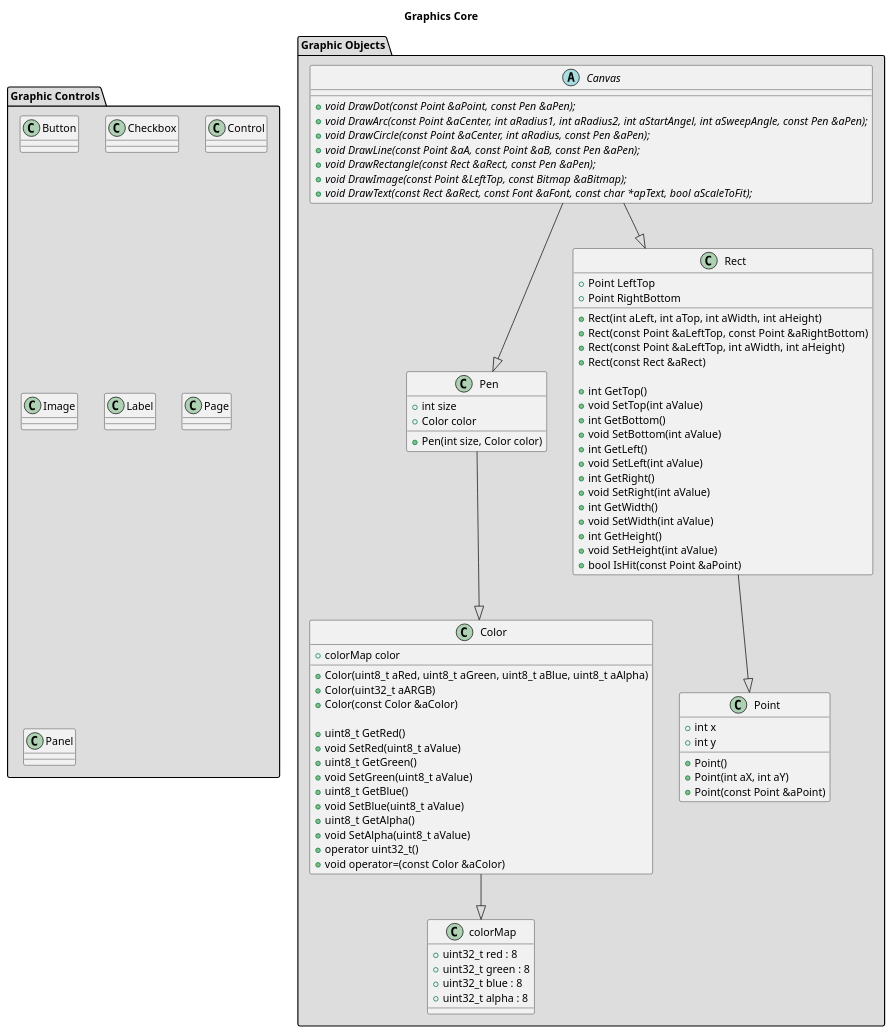
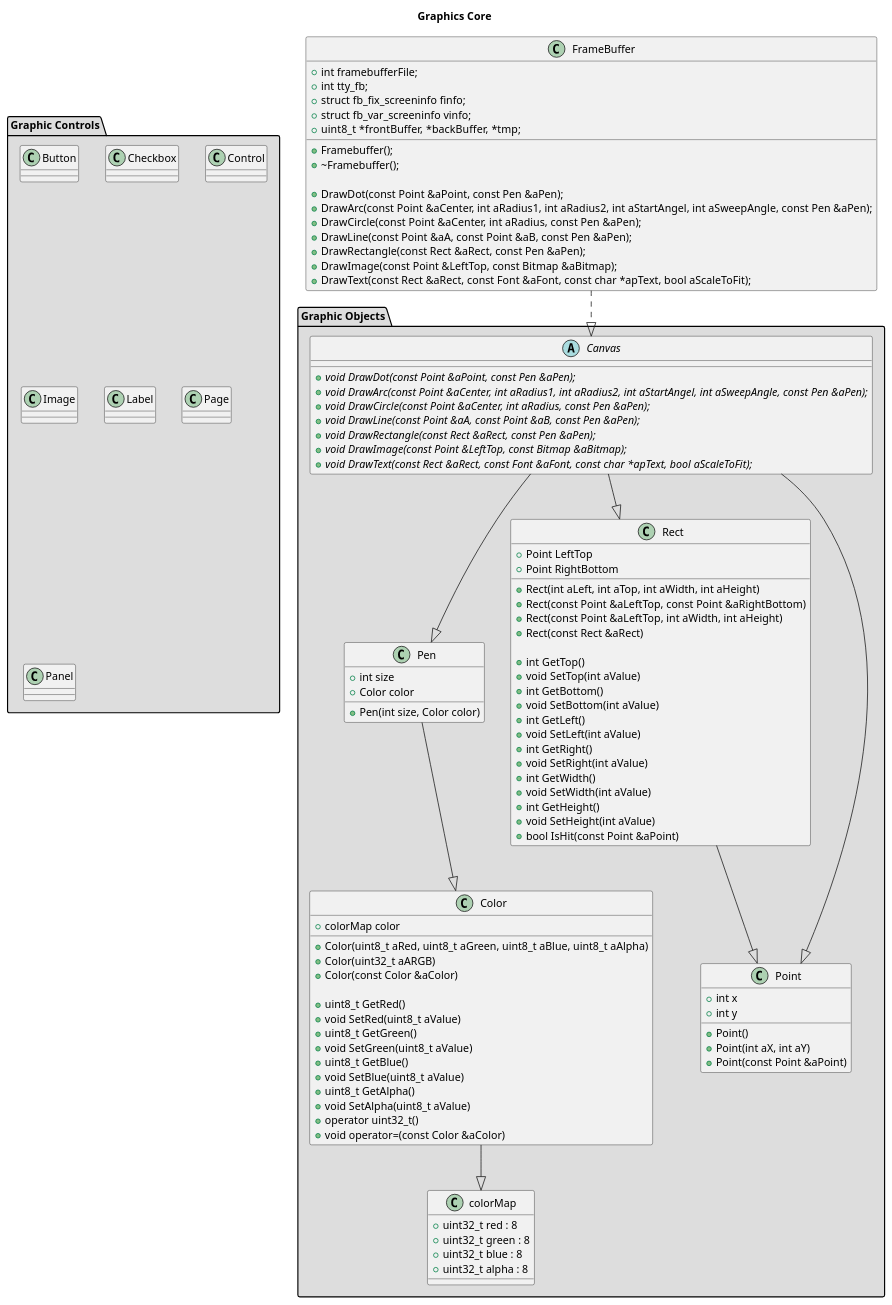
Before and after one commit to rsps/rsp-core-library: the diagram in src/graphics/graphics.puml, drawn with PlantUML. The commit also changed 16 other files, not shown here.

```diff
--- a/src/graphics/graphics.puml
+++ b/src/graphics/graphics.puml
@@ -2,120 +2,139 @@
 @startuml
 
 title Graphics Core
 
 package "Graphic Objects" #DDDDDD{
 
     Class Point{
         +int x
         +int y
     
         +Point()
         +Point(int aX, int aY)
         +Point(const Point &aPoint)
     }
 
     Class Rect{
         +Point LeftTop
         +Point RightBottom
 
         +Rect(int aLeft, int aTop, int aWidth, int aHeight)
         +Rect(const Point &aLeftTop, const Point &aRightBottom)
         +Rect(const Point &aLeftTop, int aWidth, int aHeight)
         +Rect(const Rect &aRect)
 
         +int GetTop()
         +void SetTop(int aValue)
         +int GetBottom()
         +void SetBottom(int aValue)
         +int GetLeft()
         +void SetLeft(int aValue)
         +int GetRight()
         +void SetRight(int aValue)
         +int GetWidth()
         +void SetWidth(int aValue)
         +int GetHeight()
         +void SetHeight(int aValue)
         +bool IsHit(const Point &aPoint)
     }
 
     Class colorMap{
         +uint32_t red : 8
         +uint32_t green : 8
         +uint32_t blue : 8
         +uint32_t alpha : 8
     }
 
     Class Color{
         +colorMap color
 
         +Color(uint8_t aRed, uint8_t aGreen, uint8_t aBlue, uint8_t aAlpha)
         +Color(uint32_t aARGB)
         +Color(const Color &aColor)
 
         +uint8_t GetRed()
         +void SetRed(uint8_t aValue)
         +uint8_t GetGreen()
         +void SetGreen(uint8_t aValue)
         +uint8_t GetBlue()
         +void SetBlue(uint8_t aValue)
         +uint8_t GetAlpha()
         +void SetAlpha(uint8_t aValue)
         +operator uint32_t()
         +void operator=(const Color &aColor)
     }
 
     Class Pen{
         +int size
         +Color color
 
         +Pen(int size, Color color)
     }
 
     abstract Class Canvas{
         +{abstract} void DrawDot(const Point &aPoint, const Pen &aPen);
         +{abstract} void DrawArc(const Point &aCenter, int aRadius1, int aRadius2, int aStartAngel, int aSweepAngle, const Pen &aPen);
         +{abstract} void DrawCircle(const Point &aCenter, int aRadius, const Pen &aPen);
         +{abstract} void DrawLine(const Point &aA, const Point &aB, const Pen &aPen);
         +{abstract} void DrawRectangle(const Rect &aRect, const Pen &aPen);
         +{abstract} void DrawImage(const Point &LeftTop, const Bitmap &aBitmap);
         +{abstract} void DrawText(const Rect &aRect, const Font &aFont, const char *apText, bool aScaleToFit);
     }
 
     Point <|-up- Rect
     colorMap <|-up- Color
     Color <|-up- Pen
     Canvas --|> Pen
-    'Canvas --|> Point
+    Canvas --|> Point
     Canvas --|> Rect
 }
+Class FrameBuffer{
+    +int framebufferFile;
+    +int tty_fb;
+    +struct fb_fix_screeninfo finfo;
+    +struct fb_var_screeninfo vinfo;
+    +uint8_t *frontBuffer, *backBuffer, *tmp;
+
+    +Framebuffer();
+    +~Framebuffer();
+
+    +DrawDot(const Point &aPoint, const Pen &aPen);
+    +DrawArc(const Point &aCenter, int aRadius1, int aRadius2, int aStartAngel, int aSweepAngle, const Pen &aPen);
+    +DrawCircle(const Point &aCenter, int aRadius, const Pen &aPen);
+    +DrawLine(const Point &aA, const Point &aB, const Pen &aPen);
+    +DrawRectangle(const Rect &aRect, const Pen &aPen);
+    +DrawImage(const Point &LeftTop, const Bitmap &aBitmap);
+    +DrawText(const Rect &aRect, const Font &aFont, const char *apText, bool aScaleToFit);
+}
+FrameBuffer ..|> Canvas
 
 package "Graphic Controls" #DDDDDD{
     Class Button{
 
     }
 
     Class Checkbox{
 
     }
 
     Class Control{
 
     }
 
     Class Image{
 
     }
 
     Class Label{
 
     }
 
     Class Page{
 
     }
 
     Class Panel{
 
     }
 }
 @enduml
```
